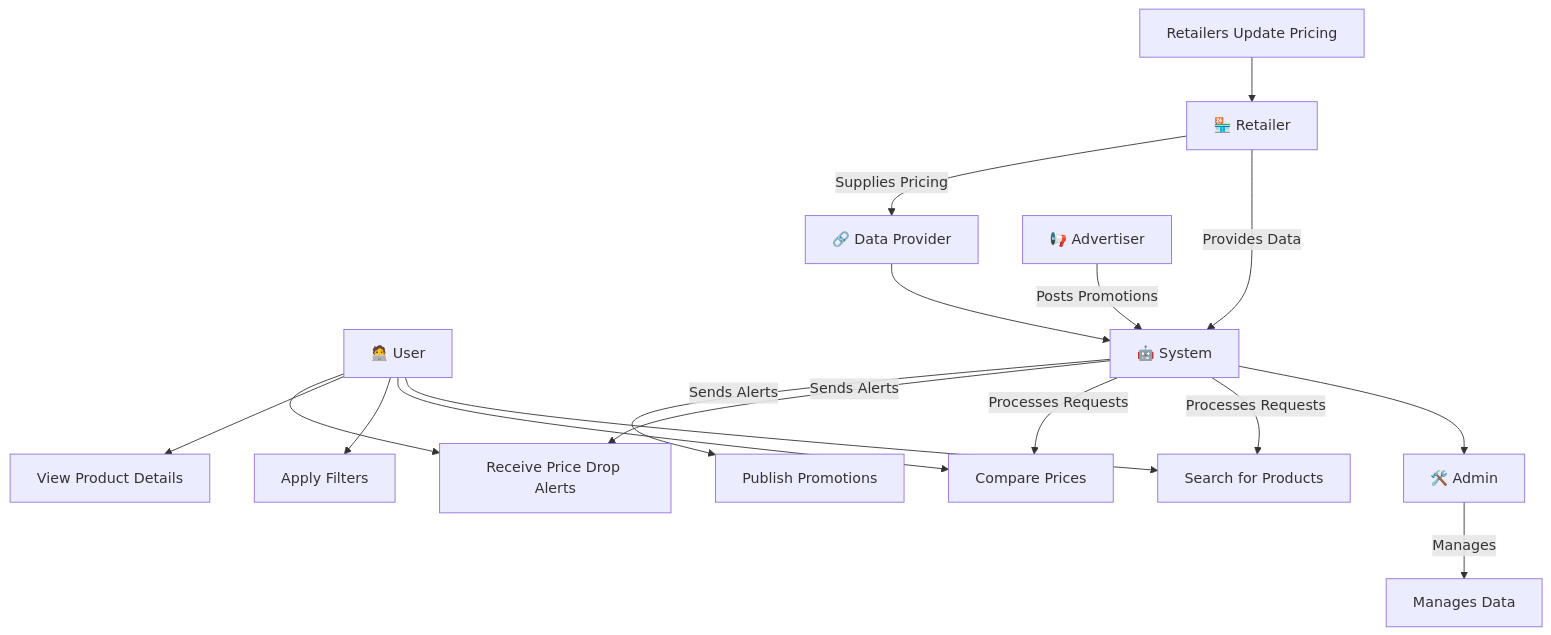
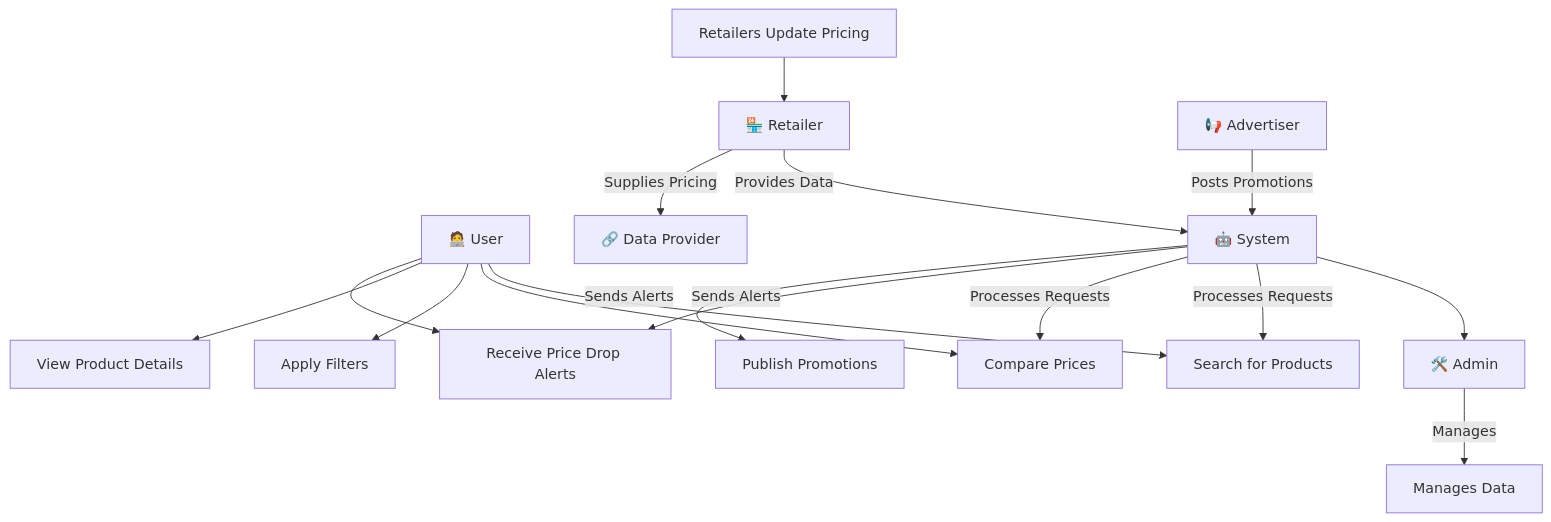
Before and after one commit to denzil-daniels-204525918/Price-aggregator-comparison-app: the diagram in Use Case Diagrams.md, drawn with Mermaid.

Commit message:
Update Use Case Diagrams.md

````diff
--- a/Use Case Diagrams.md
+++ b/Use Case Diagrams.md
@@ -3,37 +3,37 @@
 ```mermaid
 graph TD;
   %% Define Actors
   User["🧑‍💻 User"] 
   Retailer["🏪 Retailer"]
   Admin["🛠️ Admin"]
   DataProvider["🔗 Data Provider"]
   Advertiser["📢 Advertiser"]
   System["🤖 System"]
 
   %% Define Use Cases
   A["Search for Products"]
   B["Compare Prices"]
   C["Apply Filters"]
   D["View Product Details"]
   E["Receive Price Drop Alerts"]
   F["Retailers Update Pricing"]
   G["Manages Data"]
   H["Publish Promotions"]
   
   %% Relationships
   User --> A
   User --> B
   User --> C
   User --> D
   User --> E
 
   Retailer -->|Provides Data| System
   System --> Admin -->|Manages| G
-  F --> Retailer -->|Supplies Pricing| DataProvider --> System
+  F --> Retailer -->|Supplies Pricing| DataProvider
   Advertiser -->|Posts Promotions| System
 
   System -->|Processes Requests| A
   System -->|Processes Requests| B
   System -->|Sends Alerts| E
   System -->|Sends Alerts| H
 ```
````
